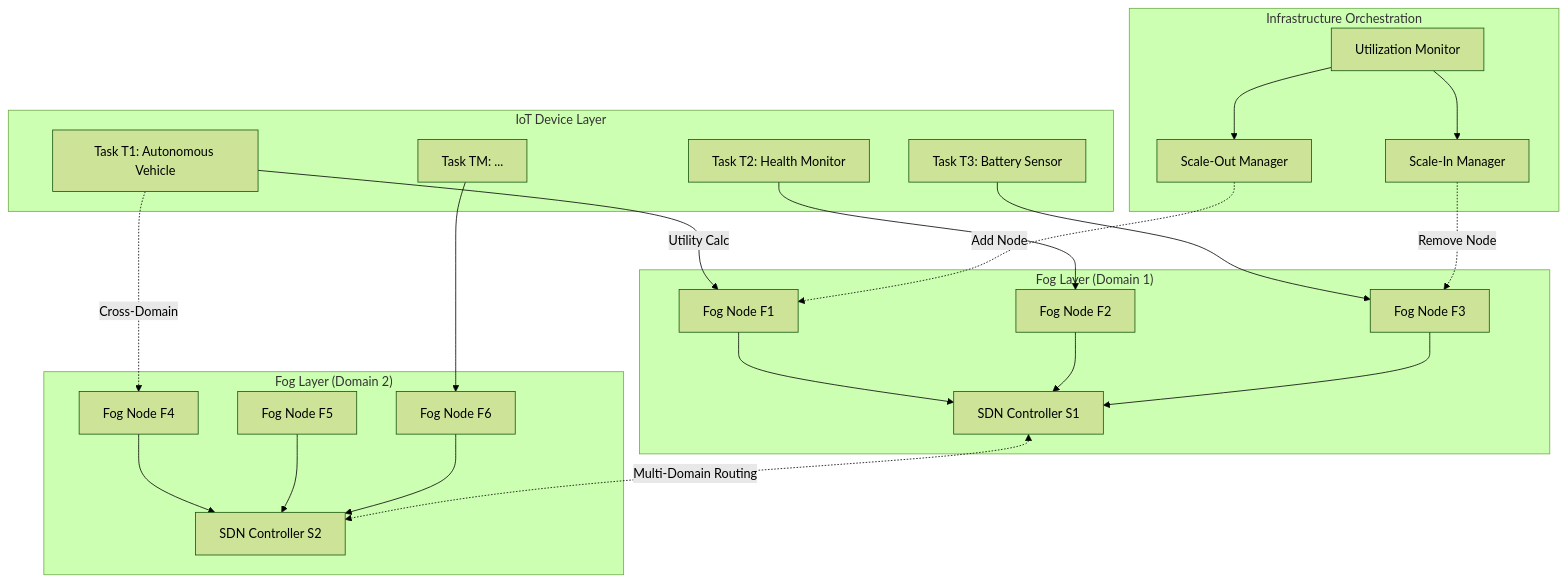
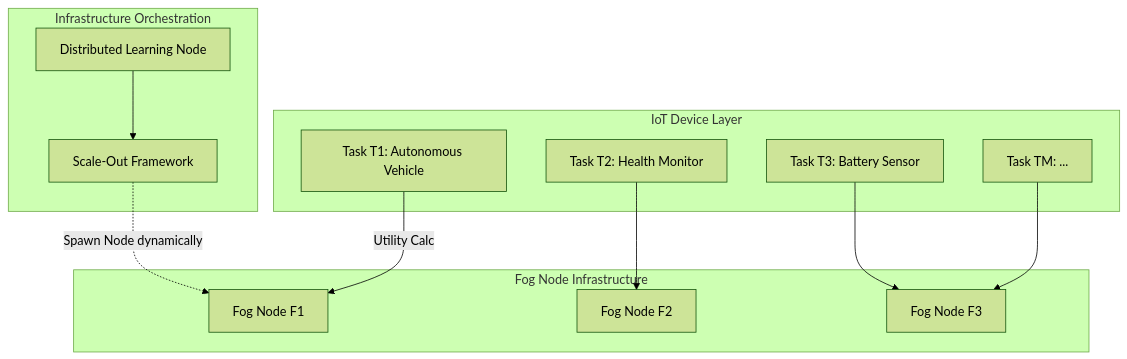
The diagram in ARCHITECTURE.md (Pratham2403/ac-dl-match), drawn with Mermaid (forest theme) before and after one commit. The commit also changed other lines of this file and 3 other files, not shown here.

Commit message:
refactor: replace iFogSim with custom Python simulation engine and update infrastructure elasticity logic

````diff
--- a/ARCHITECTURE.md
+++ b/ARCHITECTURE.md
@@ -11,51 +11,28 @@
 ```mermaid
 graph TB
     subgraph "IoT Device Layer"
         IoT1[Task T1: Autonomous Vehicle]
         IoT2[Task T2: Health Monitor]
         IoT3[Task T3: Battery Sensor]
         IoTN[Task TM: ...]
     end
     
-    subgraph "Fog Layer (Domain 1)"
+    subgraph "Fog Node Infrastructure"
         F1[Fog Node F1]
         F2[Fog Node F2]
         F3[Fog Node F3]
-        SDN1[SDN Controller S1]
-    end
-    
-    subgraph "Fog Layer (Domain 2)"
-        F4[Fog Node F4]
-        F5[Fog Node F5]
-        F6[Fog Node F6]
-        SDN2[SDN Controller S2]
     end
     
     subgraph "Infrastructure Orchestration"
-        ScaleOut[Scale-Out Manager]
-        ScaleIn[Scale-In Manager]
-        Monitor[Utilization Monitor]
+        ScaleOut[Scale-Out Framework]
+        Monitor[Distributed Learning Node]
     end
     
     IoT1 -->|Utility Calc| F1
-    IoT1 -.->|Cross-Domain| F4
     IoT2 --> F2
     IoT3 --> F3
-    IoTN --> F6
-    
-    F1 --> SDN1
-    F2 --> SDN1
-    F3 --> SDN1
-    
-    F4 --> SDN2
-    F5 --> SDN2
-    F6 --> SDN2
-    
-    SDN1 <-.Multi-Domain Routing.-> SDN2
+    IoTN --> F3
     
     Monitor --> ScaleOut
-    Monitor --> ScaleIn
-    
-    ScaleOut -.Add Node.-> F1
-    ScaleIn -.Remove Node.-> F3
+    ScaleOut -.Spawn Node dynamically.-> F1
 ```
````
